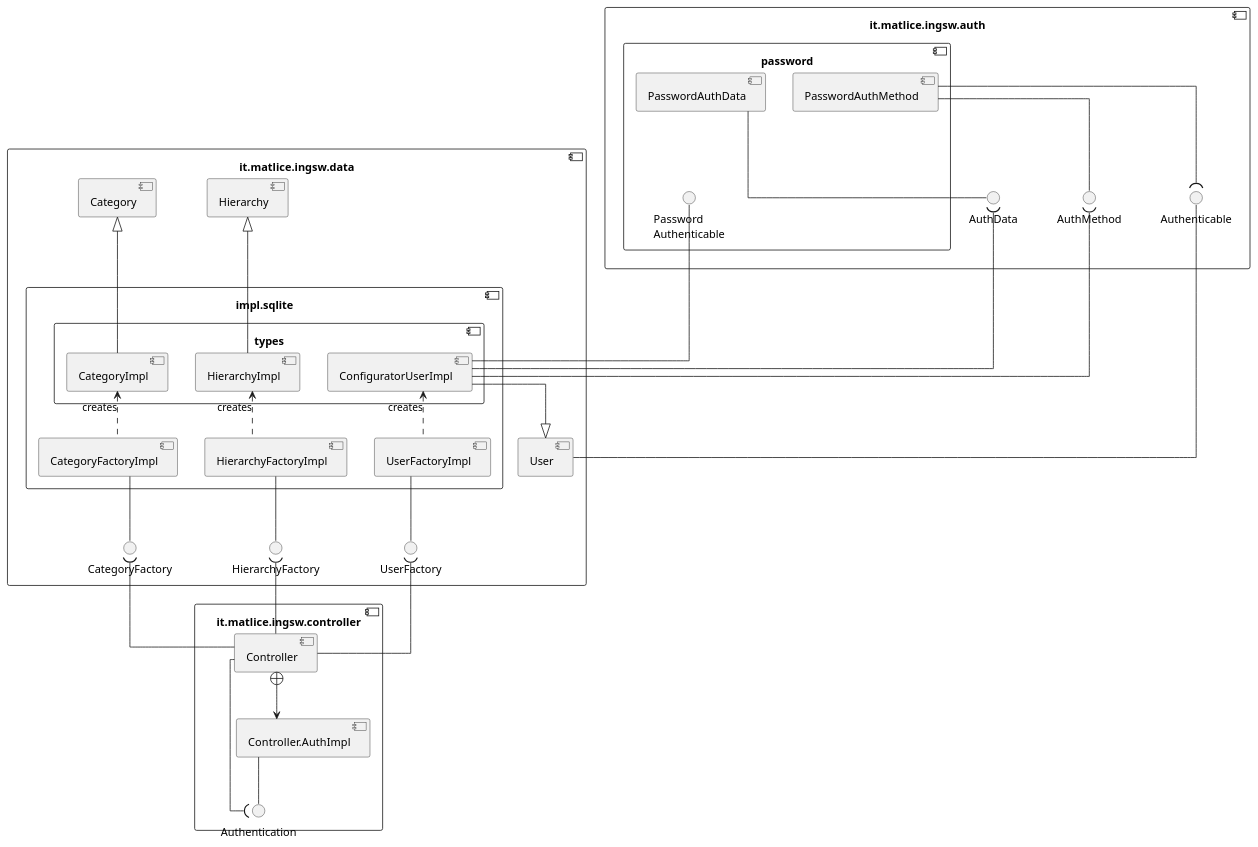
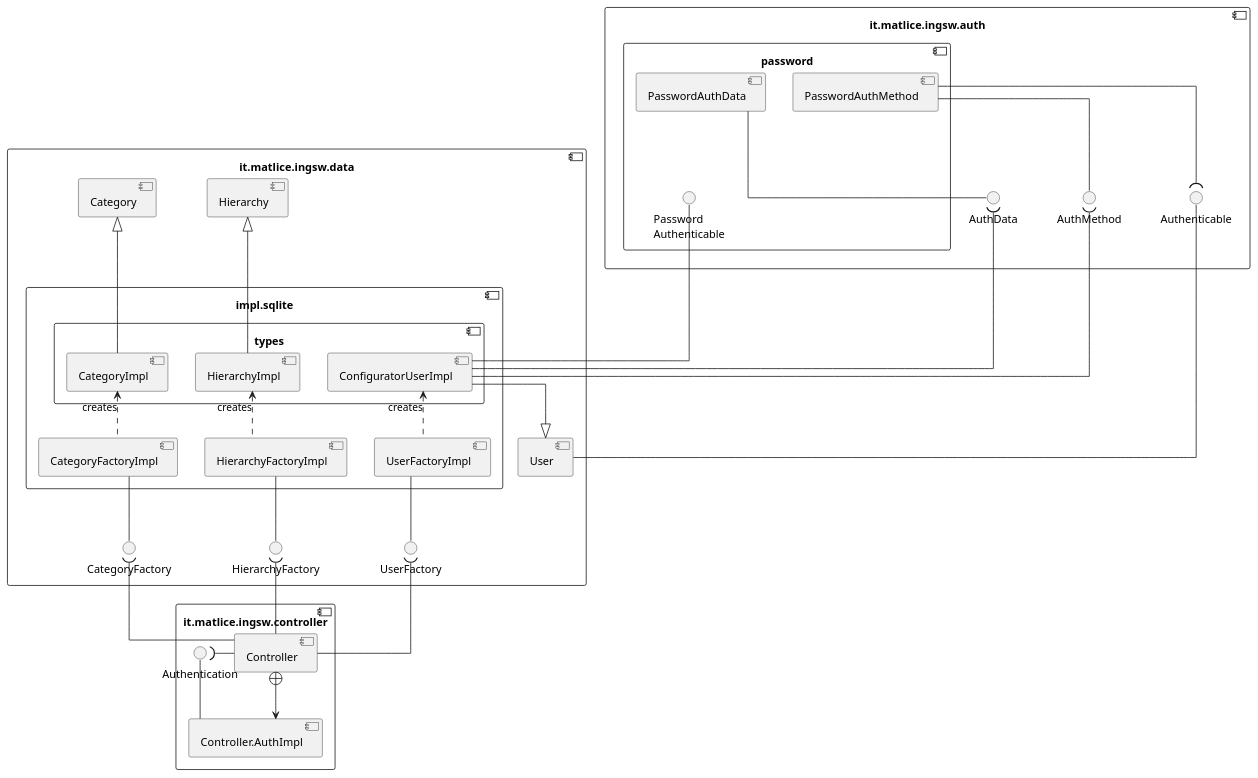
One commit to Matlice/ing_sw_2022 changed the diagram in DOC/VER1/diagrams/component/diagramma_componenti.puml. Above: the diagram before and after it, drawn with PlantUML. The commit also changed 4 other files, not shown here.

Commit message:
Sistemate linee nascoste negli uml, script watch controlla anche i .puml

```diff
--- a/DOC/VER1/diagrams/component/diagramma_componenti.puml
+++ b/DOC/VER1/diagrams/component/diagramma_componenti.puml
@@ -1,67 +1,67 @@
 @startuml
 skinparam linetype ortho
 
 component it.matlice.ingsw.auth #FFFFFF{
     interface AuthMethod
     interface Authenticable
     interface AuthData
     component password #FFFFFF{
         interface "Password\nAuthenticable" as PasswordAuthenticable
         [PasswordAuthData] -- AuthData
         [PasswordAuthData] -[hidden]-( PasswordAuthenticable
         [PasswordAuthMethod] -- AuthMethod
         [PasswordAuthMethod] --( Authenticable
     } 
 } 
 
 component it.matlice.ingsw.data #FFFFFF{
 
     [User] -- Authenticable
     [Category]
     [Hierarchy]
 
     interface UserFactory
     interface CategoryFactory
     interface HierarchyFactory
 
     component impl.sqlite #FFFFFF{
         [UserFactoryImpl] -- UserFactory
         [CategoryFactoryImpl] -- CategoryFactory
         [HierarchyFactoryImpl] -- HierarchyFactory
 
         component types #FFFFFF{
             [ConfiguratorUserImpl] -up- PasswordAuthenticable
             [ConfiguratorUserImpl] -up-( AuthMethod
             [ConfiguratorUserImpl] -up-( AuthData
 
             [CategoryImpl]
             [HierarchyImpl]
         }
 
     }
 }
 
 component it.matlice.ingsw.controller #FFFFFF{
 
     interface Authentication
 
     [Controller.AuthImpl] -- Authentication
-    [Controller] -( Authentication
+    [Controller] -left( Authentication
 
     [Controller] -up-( CategoryFactory
     [Controller] -up-( HierarchyFactory
     [Controller] -up-( UserFactory
 }
 
 [Controller] +--> [Controller.AuthImpl]
 
 [UserFactoryImpl] .up.> [ConfiguratorUserImpl]: creates
 [CategoryFactoryImpl] .up.> [CategoryImpl]: creates
 [HierarchyFactoryImpl] .up.> [HierarchyImpl]: creates
 
 [ConfiguratorUserImpl] --|> User
 [CategoryImpl] -up-|> Category
 [HierarchyImpl] -up-|> Hierarchy
 
 
 @enduml
```
